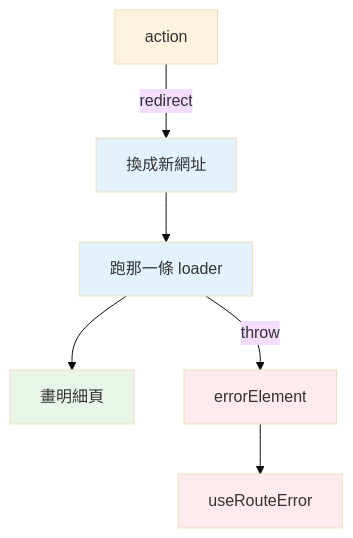
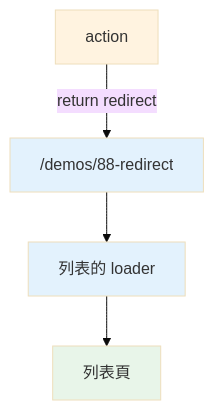
Diagram 14 of 16 in source/_posts/lokiTech-15day-11-react-router.md (summer10920/summer10920.github.io), drawn with Mermaid (base theme) before and after one commit. The commit also changed other lines of this file and 1 other file, not shown here.

Commit message:
講義 11、12：將 redirect 與 errorElement 拆成兩節，並對齊練習編號

```diff
--- a/source/_posts/lokiTech-15day-11-react-router.md
+++ b/source/_posts/lokiTech-15day-11-react-router.md
@@ -2939,13 +2960,9 @@
 {% mermaid graph TD %}
-  action["action"] -->|"redirect"| url["換成新網址"]
-  url --> loader2["跑那一條 loader"]
-  loader2 --> page["畫明細頁"]
-  loader2 -->|"throw"| err["errorElement"]
-  err --> hook["useRouteError"]
+  action["action"] -->|"return redirect"| url["/demos/88-redirect"]
+  url --> listLoader["列表的 loader"]
+  listLoader --> listPage["列表頁"]
   style action fill:#fff3e0
   style url fill:#e3f2fd
-  style loader2 fill:#e3f2fd
-  style page fill:#e8f5e9
-  style err fill:#ffebee
-  style hook fill:#ffebee
+  style listLoader fill:#e3f2fd
+  style listPage fill:#e8f5e9
 {% endmermaid %}
```
